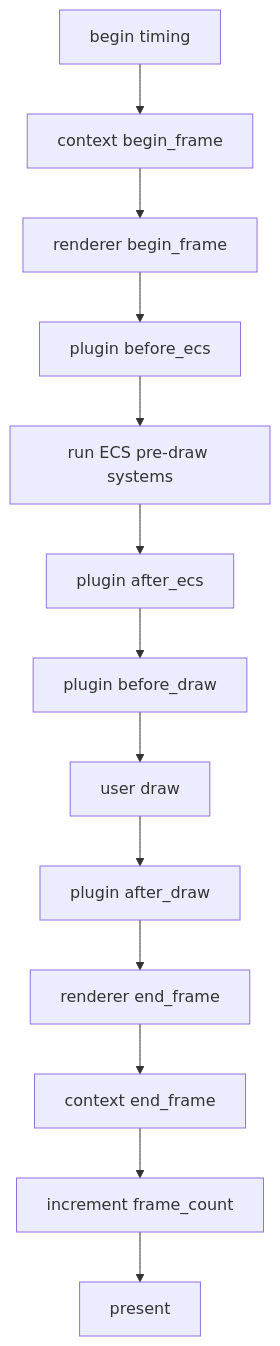
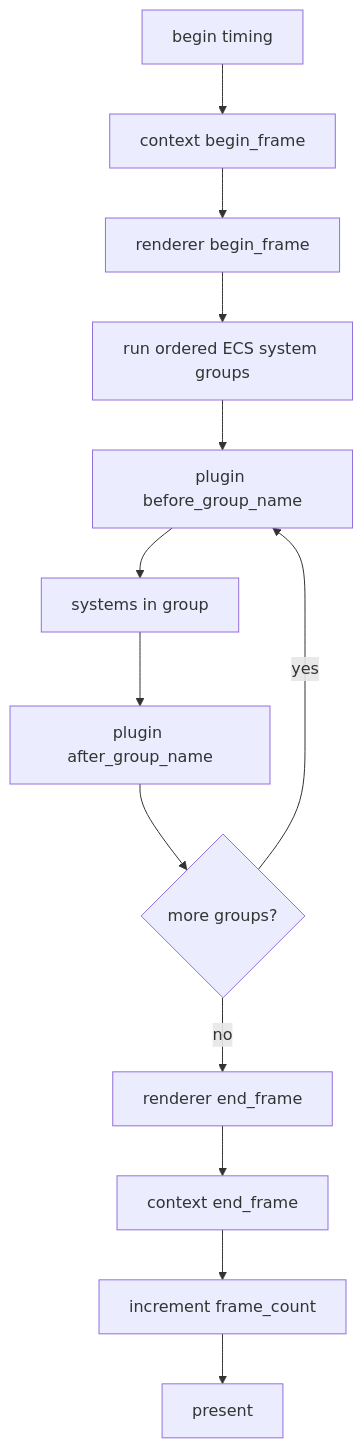
Before and after one commit to JonathanHHenson/gummy_snake: the second of 4 diagrams in docs/contribute/runtime.md, drawn with Mermaid. The commit also changed other lines of this file and 55 other files, not shown here.

````diff
--- a/docs/contribute/runtime.md
+++ b/docs/contribute/runtime.md
@@ -88,15 +88,15 @@
 ```mermaid
 flowchart TD
     A[begin timing] --> B[context begin_frame]
     B --> C[renderer begin_frame]
-    C --> D[plugin before_ecs]
-    D --> E[run ECS pre-draw systems]
-    E --> F[plugin after_ecs]
-    F --> G[plugin before_draw]
-    G --> H[user draw]
-    H --> I[plugin after_draw]
-    I --> J[renderer end_frame]
-    J --> K[context end_frame]
-    K --> L[increment frame_count]
-    L --> M[present]
+    C --> D[run ordered ECS system groups]
+    D --> E[plugin before_group_name]
+    E --> F[systems in group]
+    F --> G[plugin after_group_name]
+    G --> H{more groups?}
+    H -->|yes| E
+    H -->|no| I[renderer end_frame]
+    I --> J[context end_frame]
+    J --> K[increment frame_count]
+    K --> L[present]
 ```
````
